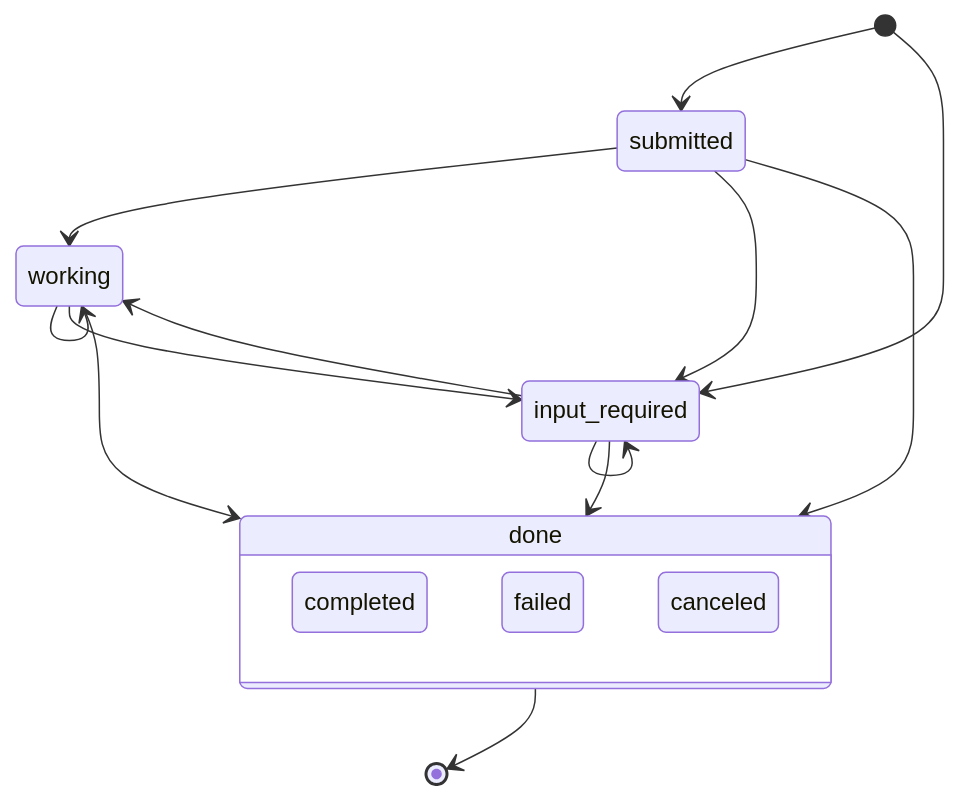
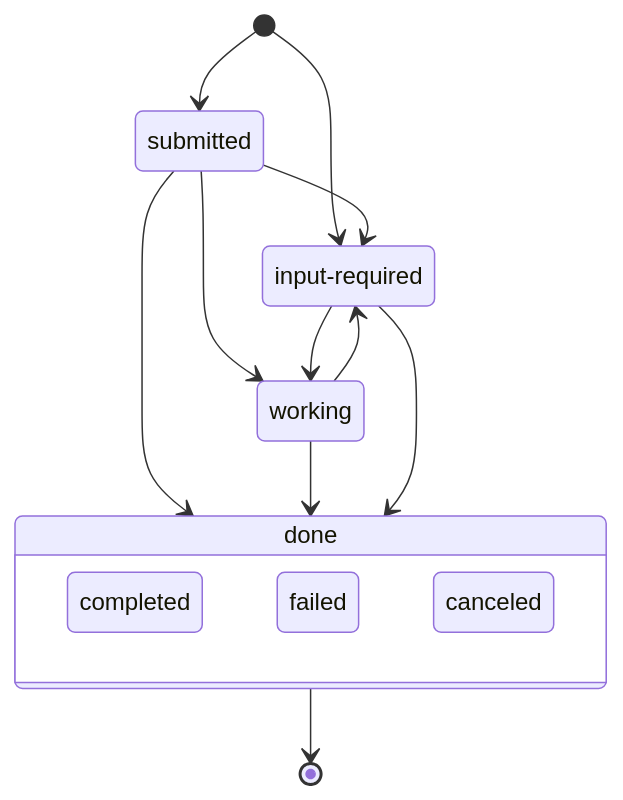
Before and after one commit to shipd-now/shipd: the diagram in docs/multi-agent-pr.md, drawn with Mermaid. The commit also changed other lines of this file and 5 other files, not shown here.

Commit message:
☕ docs: trim the Multi-agent PR page and drop the Mermaid syntax note (#406)

````diff
--- a/docs/multi-agent-pr.md
+++ b/docs/multi-agent-pr.md
@@ -24,20 +23,19 @@
 ```mermaid
 stateDiagram-v2
+    state "input-required" as input
     [*] --> submitted
-    [*] --> input_required
+    [*] --> input
     submitted --> working
-    submitted --> input_required
-    working --> working
-    working --> input_required
-    input_required --> working
-    input_required --> input_required
+    submitted --> input
+    working --> input
+    input --> working
     submitted --> done
     working --> done
-    input_required --> done
+    input --> done
     state done {
         completed
         failed
         canceled
     }
     done --> [*]
 ```
````
